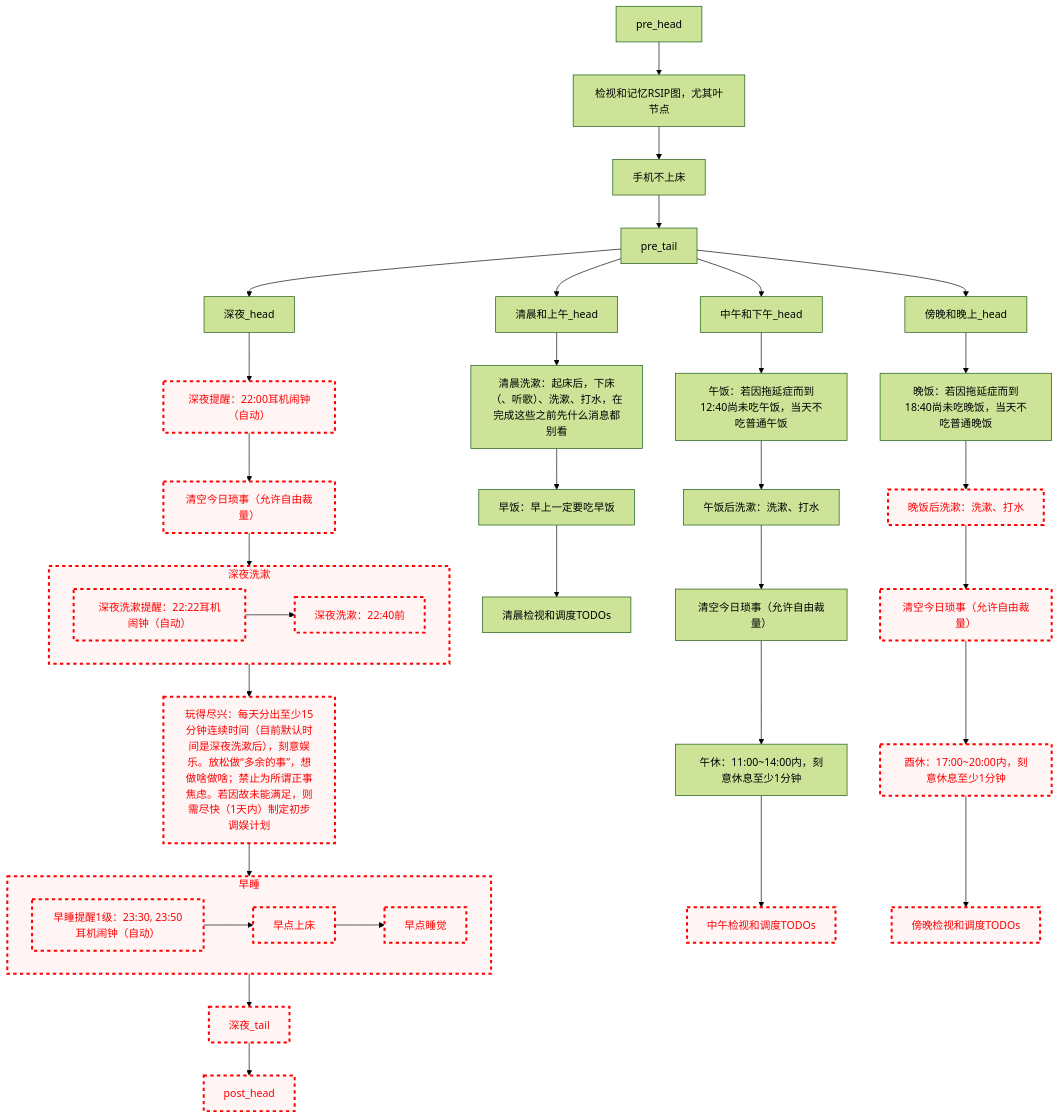
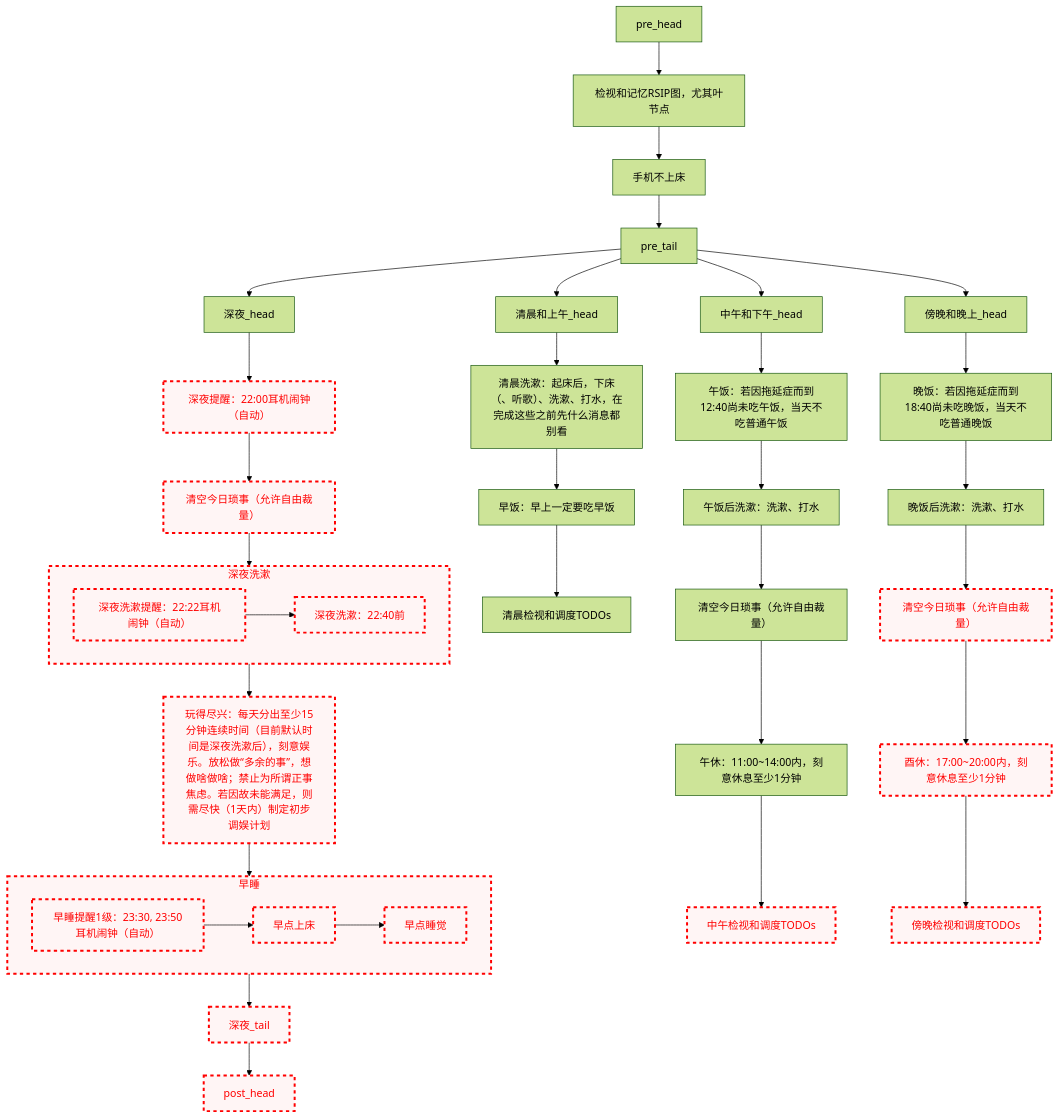
The diagram in README.md (Ethkuil/RSIP-tree), drawn with Mermaid (forest theme) before and after one commit.

Commit message:
enable 晚饭后洗漱

````diff
--- a/README.md
+++ b/README.md
@@ -21,71 +21,70 @@
 ```mermaid
 graph TD
 
 classDef failed stroke:#ff0000, stroke-width:3px, color:#ff0000, fill:#fff5f5, stroke-dasharray: 5
 
 pre_head --> RSIP[检视和记忆RSIP图，尤其叶节点]
 RSIP --> 手机不上床
 手机不上床 --> pre_tail
 
 
 pre_tail --> 清晨和上午_head
 清晨和上午_head --> 清晨洗漱
 清晨洗漱[清晨洗漱：起床后，下床（、听歌）、洗漱、打水，在完成这些之前先什么消息都别看]
 清晨洗漱 --> 早饭[早饭：早上一定要吃早饭]
 早饭 --> 清晨看TODO[清晨检视和调度TODOs]
 
 
 pre_tail --> 中午和下午_head
 中午和下午_head --> 午饭[午饭：若因拖延症而到12:40尚未吃午饭，当天不吃普通午饭]
 午饭 --> 午饭后洗漱[午饭后洗漱：洗漱、打水]
 午饭后洗漱 --> 中午今日琐事[清空今日琐事（允许自由裁量）]
 中午今日琐事 --> 午休[午休：11:00~14:00内，刻意休息至少1分钟]
 午休 --> 中午看TODO[中午检视和调度TODOs]
 class 中午看TODO failed
 
 
 pre_tail --> 傍晚和晚上_head
 傍晚和晚上_head --> 晚饭[晚饭：若因拖延症而到18:40尚未吃晚饭，当天不吃普通晚饭]
 晚饭 --> 晚饭后洗漱[晚饭后洗漱：洗漱、打水]
-class 晚饭后洗漱 failed
 晚饭后洗漱 --> 傍晚今日琐事[清空今日琐事（允许自由裁量）]
 class 傍晚今日琐事 failed
 傍晚今日琐事 --> 酉休[酉休：17:00~20:00内，刻意休息至少1分钟]
 class 酉休 failed
 酉休 --> 傍晚看TODO[傍晚检视和调度TODOs]
 class 傍晚看TODO failed
 
 
 pre_tail --> 深夜_head
 深夜_head --> 深夜提醒[深夜提醒：22:00耳机闹钟（自动）]
 class 深夜提醒 failed
 深夜提醒 --> 深夜今日琐事[清空今日琐事（允许自由裁量）]
 class 深夜今日琐事 failed
 深夜今日琐事 --> 深夜洗漱
 subgraph 深夜洗漱
   深夜洗漱提醒[深夜洗漱提醒：22:22耳机闹钟（自动）]
   class 深夜洗漱提醒 failed
   深夜洗漱提醒 --> 深夜洗漱执行[深夜洗漱：22:40前]
   class 深夜洗漱执行 failed
 end
 class 深夜洗漱 failed
 深夜洗漱 --> 玩得尽兴[玩得尽兴：每天分出至少15分钟连续时间（目前默认时间是深夜洗漱后），刻意娱乐。放松做“多余的事”，想做啥做啥；禁止为所谓正事焦虑。若因故未能满足，则需尽快（1天内）制定初步调娱计划]
 class 玩得尽兴 failed
 
 玩得尽兴 --> 早睡
 subgraph 早睡
   早睡提醒1级[早睡提醒1级：23:30, 23:50耳机闹钟（自动）]
   class 早睡提醒1级 failed
   早睡提醒1级 --> 早点上床
   class 早点上床 failed
   早点上床 --> 早点睡觉
   class 早点睡觉 failed
 end
 class 早睡 failed
 早睡 --> 深夜_tail
 class 深夜_tail failed
 
 
 深夜_tail --> post_head
 class post_head failed
 ```
````
